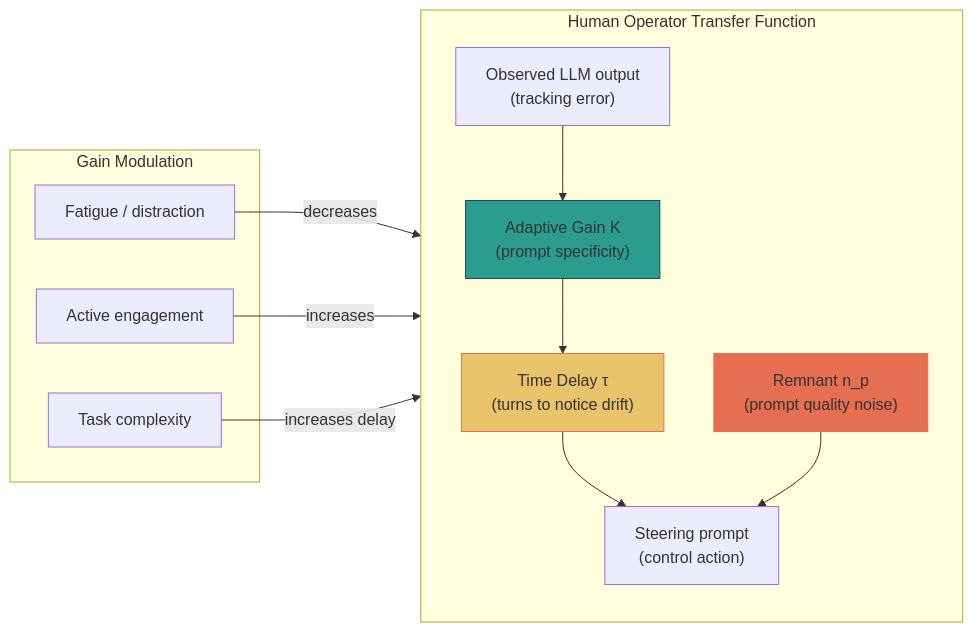
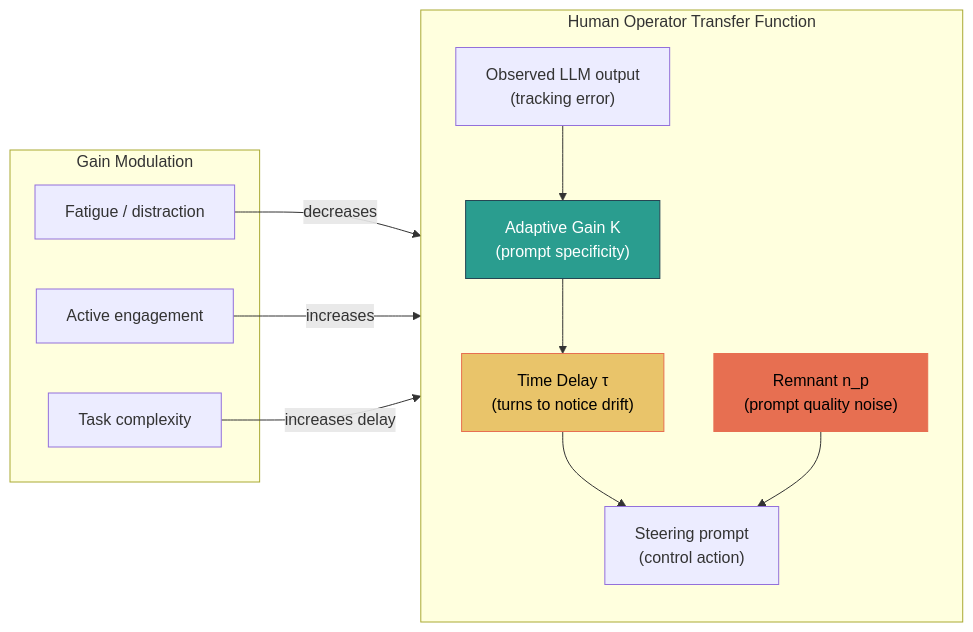
The second of 4 diagrams in docs/hooks-and-ways/context-decay-formal-foundations.md (Cprime-Artificial-Intelligence/claude-code-config), drawn with Mermaid before and after one commit. The commit also changed other lines of this file, not shown here.

Commit message:
fix(docs): add explicit text colors to Mermaid diagrams for dark/light mode contrast

````diff
--- a/docs/hooks-and-ways/context-decay-formal-foundations.md
+++ b/docs/hooks-and-ways/context-decay-formal-foundations.md
@@ -177,26 +177,26 @@
 ```mermaid
 graph LR
     subgraph "Human Operator Transfer Function"
         direction TB
         INPUT["Observed LLM output<br/>(tracking error)"]
         GAIN["Adaptive Gain K<br/>(prompt specificity)"]
         DELAY["Time Delay τ<br/>(turns to notice drift)"]
         REMNANT["Remnant n_p<br/>(prompt quality noise)"]
         OUTPUT["Steering prompt<br/>(control action)"]
     end
 
     INPUT --> GAIN
     GAIN --> DELAY
     DELAY --> OUTPUT
     REMNANT --> OUTPUT
 
     subgraph "Gain Modulation"
         FATIGUE["Fatigue / distraction"] -->|"decreases"| GAIN
         ENGAGEMENT["Active engagement"] -->|"increases"| GAIN
         COMPLEXITY["Task complexity"] -->|"increases delay"| DELAY
     end
 
-    style GAIN fill:#2a9d8f,stroke:#264653
-    style DELAY fill:#e9c46a,stroke:#e76f51
-    style REMNANT fill:#e76f51,stroke:#e76f51
+    style GAIN fill:#2a9d8f,stroke:#264653,color:#fff
+    style DELAY fill:#e9c46a,stroke:#e76f51,color:#000
+    style REMNANT fill:#e76f51,stroke:#e76f51,color:#000
 ```
````
